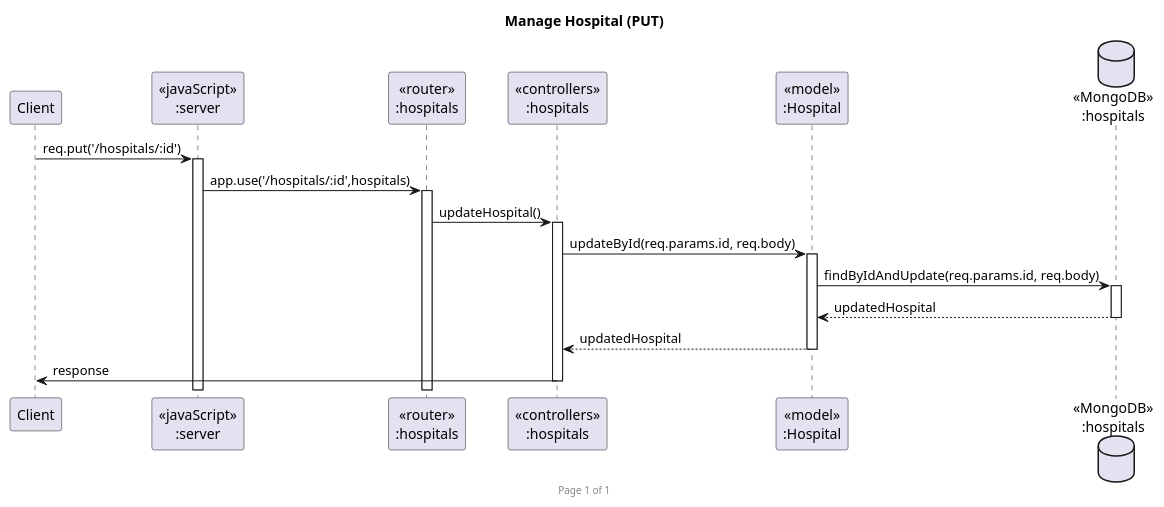
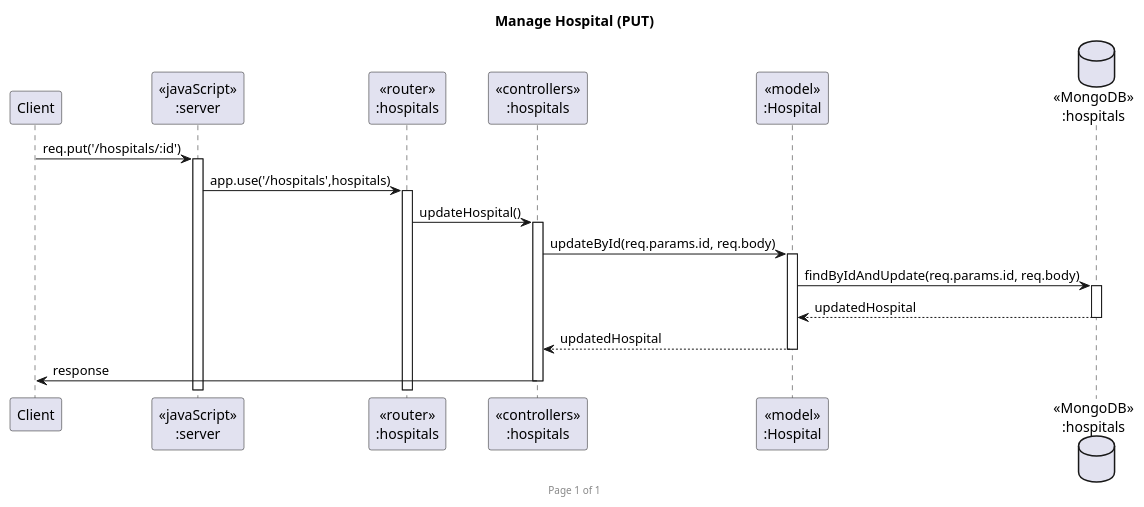
Before and after one commit to JirayutP/Dentist: the diagram in Diagram/VacQSeq_put.puml, drawn with PlantUML. The commit also changed 7 other files, not shown here.

```diff
--- a/Diagram/VacQSeq_put.puml
+++ b/Diagram/VacQSeq_put.puml
@@ -1,22 +1,22 @@
 @startuml Manage Hospital (PUT)
 
 footer Page %page% of %lastpage%
 title "Manage Hospital (PUT)"
 
 participant "Client" as client
 participant "<<javaScript>>\n:server" as server
 participant "<<router>>\n:hospitals" as routerHospitals
 participant "<<controllers>>\n:hospitals" as controllersHospitals
 participant "<<model>>\n:Hospital" as modelHospital
 database "<<MongoDB>>\n:hospitals" as HospitalsDatabase
 
 client->server ++:req.put('/hospitals/:id')
-server->routerHospitals ++:app.use('/hospitals/:id',hospitals)
+server->routerHospitals ++:app.use('/hospitals',hospitals)
 routerHospitals -> controllersHospitals ++:updateHospital()
 controllersHospitals->modelHospital ++:updateById(req.params.id, req.body)
 modelHospital ->HospitalsDatabase ++: findByIdAndUpdate(req.params.id, req.body)
 HospitalsDatabase --> modelHospital --: updatedHospital
 controllersHospitals <-- modelHospital --:updatedHospital
 controllersHospitals->client --:response
 
 @enduml
```
